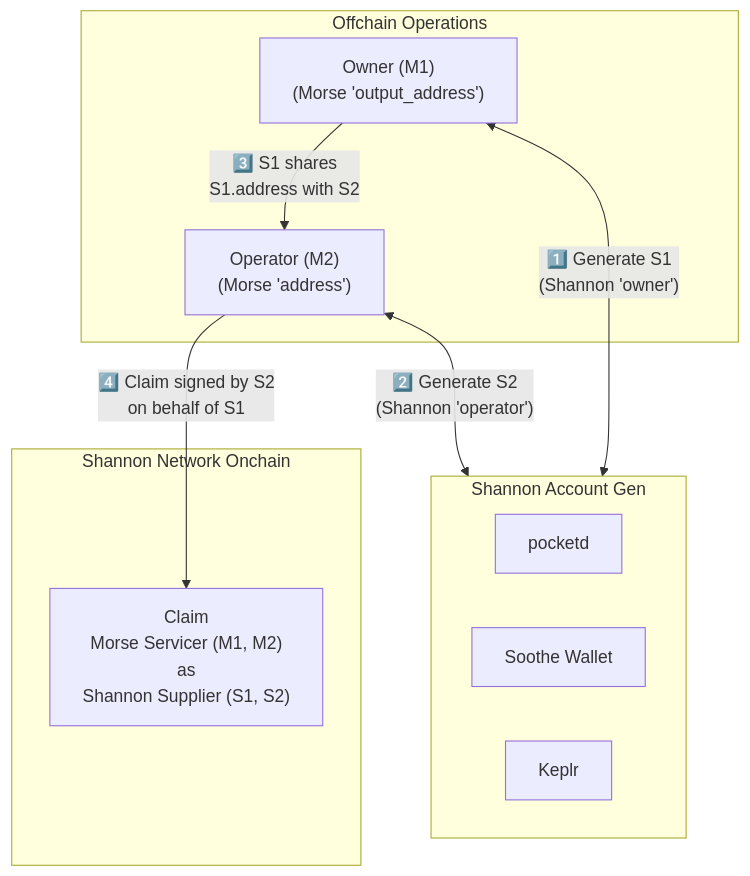
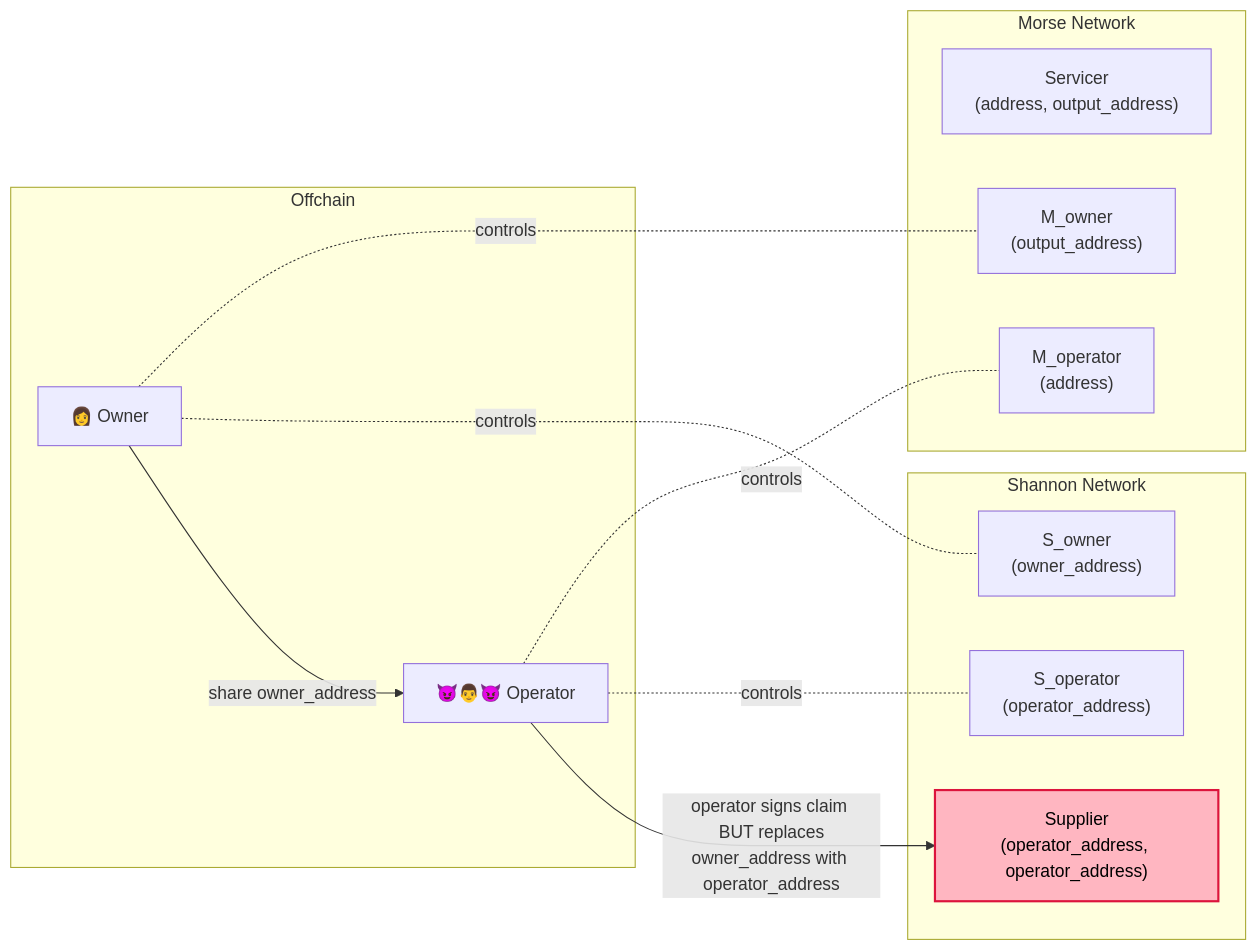
Before and after one commit to pokt-network/poktroll: the fourth of 4 diagrams in docusaurus/docs/2_explore/4_morse_migration/10_non_custodial_intro.md, drawn with Mermaid. The commit also changed other lines of this file and 2 other files, not shown here.

````diff
--- a/docusaurus/docs/2_explore/4_morse_migration/10_non_custodial_intro.md
+++ b/docusaurus/docs/2_explore/4_morse_migration/10_non_custodial_intro.md
@@ -160,23 +214,30 @@
 ```mermaid
-graph TD
-    subgraph Offchain[Offchain Operations]
-        Ow["Owner (M1)<br/>(Morse 'output_address')"]
-        Op["Operator (M2)<br/>(Morse 'address')"]
+graph LR
+    subgraph Offchain[Offchain]
+        Owner["👩 Owner"]
+        Operator["😈👨😈 Operator"]
     end
 
-    subgraph Keygen[Shannon Account Gen]
-        direction LR
-        pocketd[pocketd]
-        sooth[Soothe Wallet]
-        keplr[Keplr]
+    subgraph Morse[Morse Network]
+        Servicer["Servicer<br/>(address, output_address)"]
+        M_owner["M_owner<br/>(output_address)"]
+        M_operator["M_operator<br/>(address)"]
     end
 
-    subgraph Onchain[Shannon Network Onchain]
-        SN["Claim <br/> Morse Servicer (M1, M2)<br/> as <br//>Shannon Supplier (S1, S2)"]
+    subgraph Shannon[Shannon Network]
+        Supplier["Supplier<br/>(operator_address, operator_address)"]
+        S_owner["S_owner<br/>(owner_address)"]
+        S_operator["S_operator<br/>(operator_address)"]
     end
 
-    Ow <-->|"1️⃣ Generate S1 <br/> (Shannon 'owner')"| Keygen
-    Op <-->|"2️⃣ Generate S2 <br/> (Shannon 'operator')"| Keygen
-    Ow -->|3️⃣ S1 shares <br/> S1.address with S2| Op
-    Op -->|4️⃣ Claim signed by S2 <br/> on behalf of S1| SN
+    Owner -.-|"controls"| M_owner
+    Owner -.-|"controls"| S_owner
+    Operator -.-|"controls"| M_operator
+    Operator -.-|"controls"| S_operator
+
+    Owner -->|share owner_address<br/> | Operator
+    Operator -->|"operator signs claim <br/> BUT replaces <br/>owner_address with operator_address<br/>"| Supplier
+
+    classDef red fill:#FFB6C1,stroke:#DC143C,stroke-width:2px,color:#000000
+    class Supplier red
 ```
````
